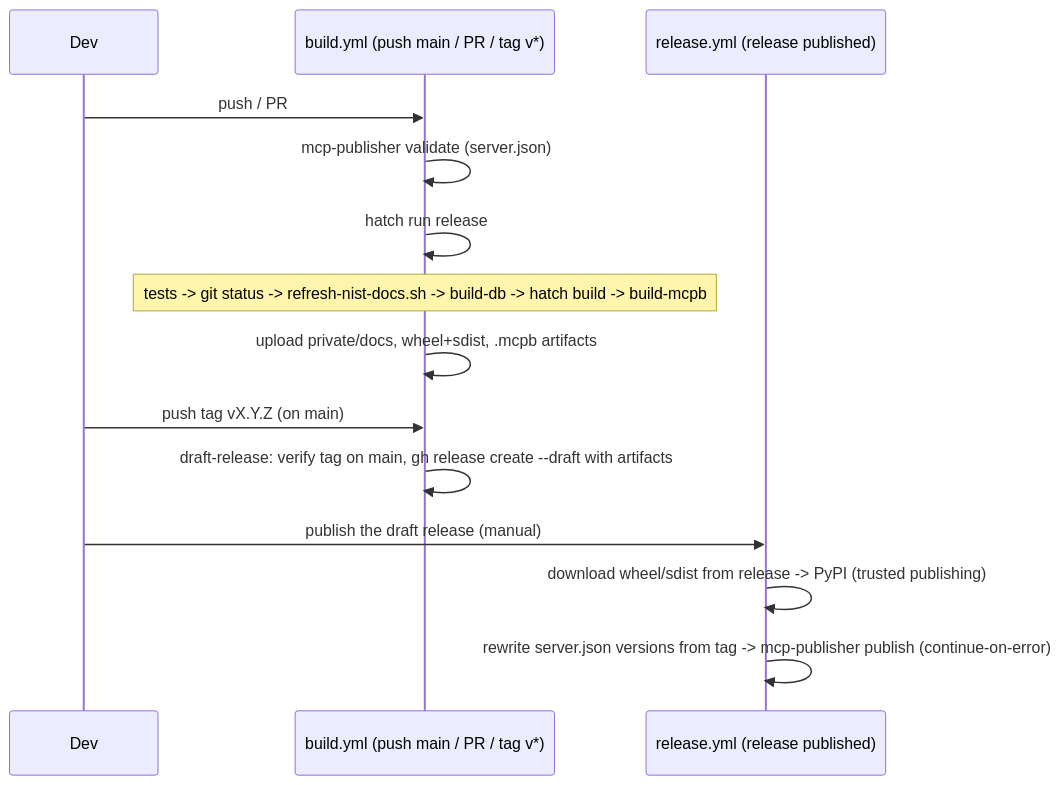
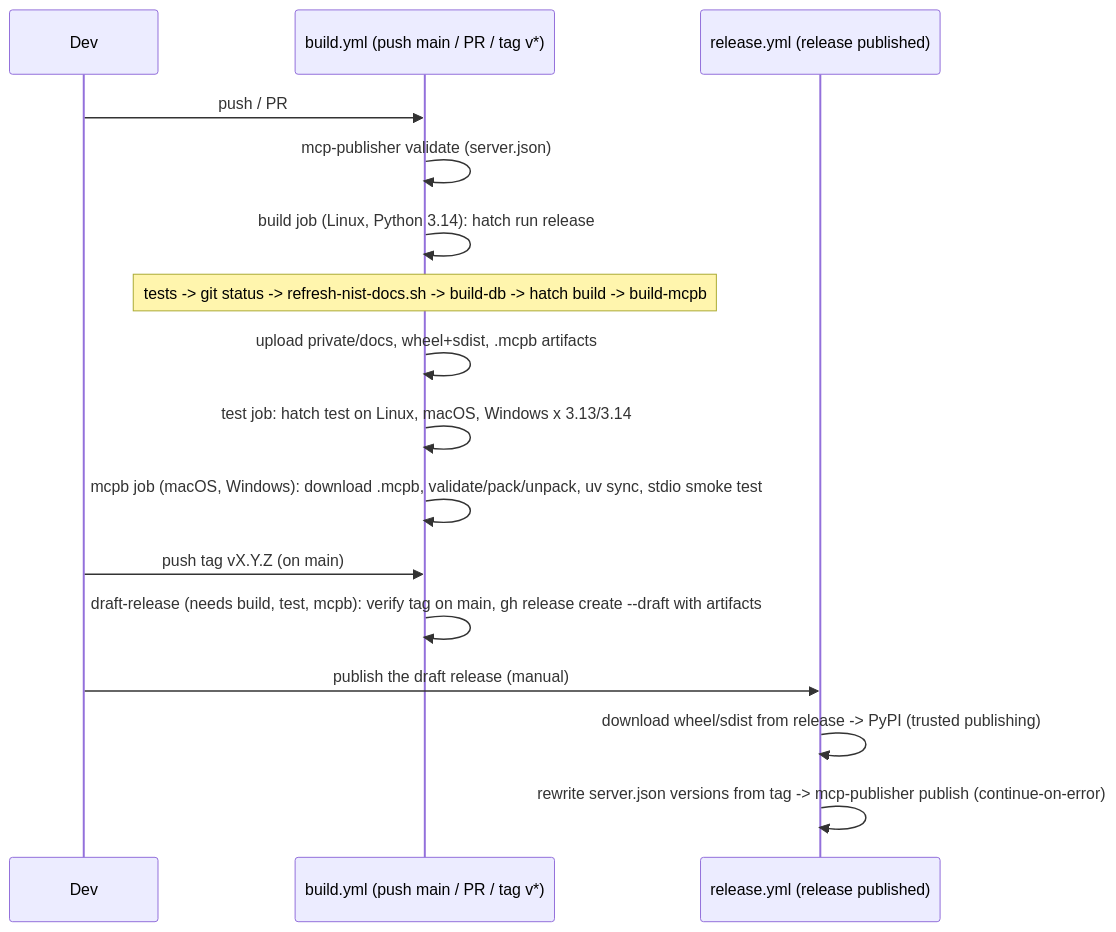
The fourth of 5 diagrams in .agents/summary/workflows.md (dfkunstler/mcp-server-for-oscal), drawn with Mermaid before and after one commit. The commit also changed other lines of this file and 38 other files, not shown here.

First line of the commit message:
Python 3.13 floor, 3.14 default, cross-platform CI + stdio smoke (#29)

````diff
--- a/.agents/summary/workflows.md
+++ b/.agents/summary/workflows.md
@@ -58,16 +58,18 @@
 ```mermaid
 sequenceDiagram
     participant Dev
     participant CI as build.yml (push main / PR / tag v*)
     participant Rel as release.yml (release published)
     Dev->>CI: push / PR
     CI->>CI: mcp-publisher validate (server.json)
-    CI->>CI: hatch run release
+    CI->>CI: build job (Linux, Python 3.14): hatch run release
     Note over CI: tests -> git status -> refresh-nist-docs.sh -> build-db -> hatch build -> build-mcpb
     CI->>CI: upload private/docs, wheel+sdist, .mcpb artifacts
+    CI->>CI: test job: hatch test on Linux, macOS, Windows x 3.13/3.14
+    CI->>CI: mcpb job (macOS, Windows): download .mcpb, validate/pack/unpack, uv sync, stdio smoke test
     Dev->>CI: push tag vX.Y.Z (on main)
-    CI->>CI: draft-release: verify tag on main, gh release create --draft with artifacts
+    CI->>CI: draft-release (needs build, test, mcpb): verify tag on main, gh release create --draft with artifacts
     Dev->>Rel: publish the draft release (manual)
     Rel->>Rel: download wheel/sdist from release -> PyPI (trusted publishing)
     Rel->>Rel: rewrite server.json versions from tag -> mcp-publisher publish (continue-on-error)
 ```
````
